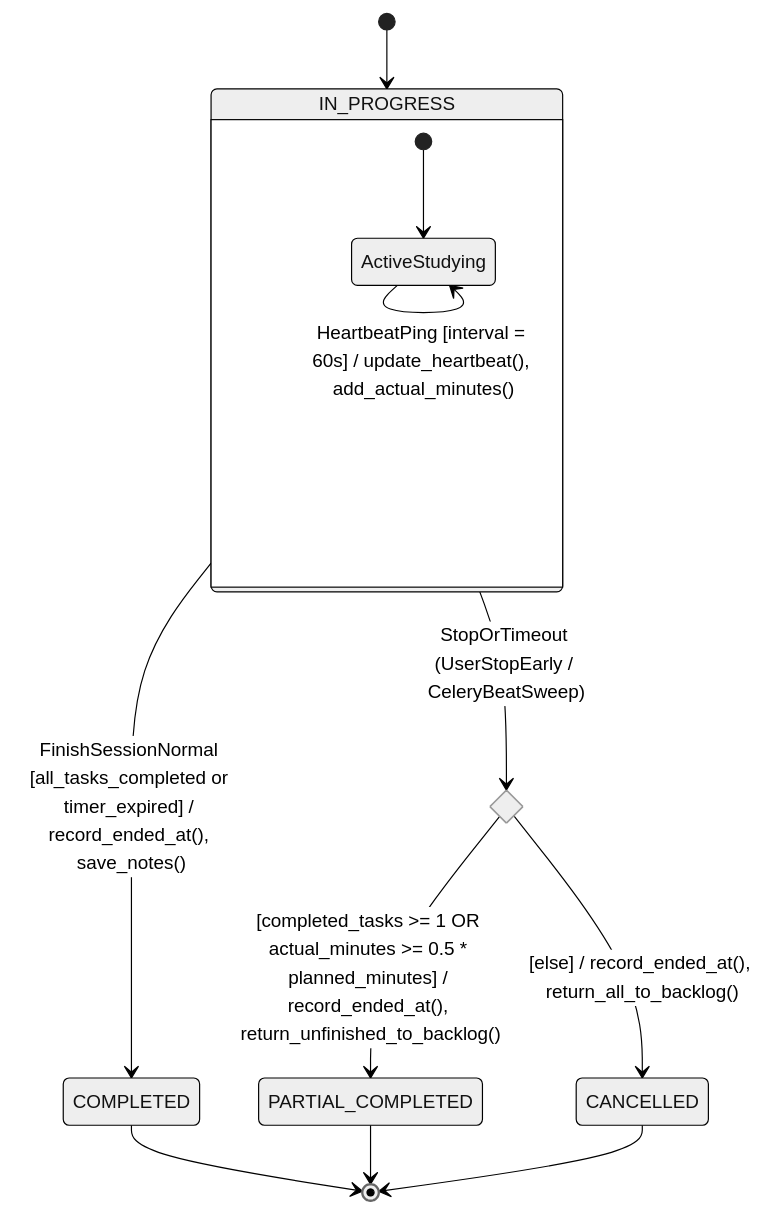
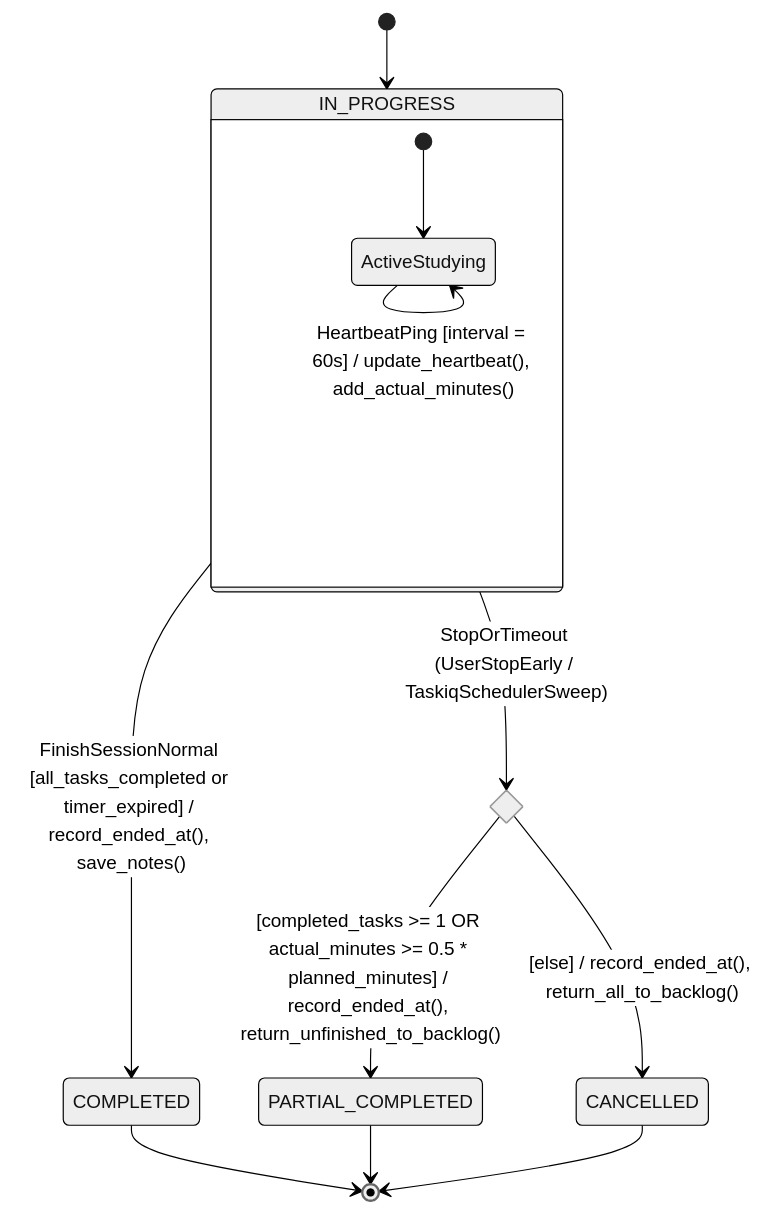
Before and after one commit to Coffat/FocusFlow: the third of 5 diagrams in docs/uml/state-machines.md, drawn with Mermaid (neutral theme). The commit also changed other lines of this file and 12 other files, not shown here.

Commit message:
docs(uml): align class diagrams, sequence diagrams, and state machines with v2.0

````diff
--- a/docs/uml/state-machines.md
+++ b/docs/uml/state-machines.md
@@ -165,21 +165,21 @@
 ```mermaid
 stateDiagram-v2
     [*] --> IN_PROGRESS
 
     state IN_PROGRESS {
         [*] --> ActiveStudying
         ActiveStudying --> ActiveStudying : HeartbeatPing [interval = 60s] / update_heartbeat(), add_actual_minutes()
     }
 
     IN_PROGRESS --> COMPLETED : FinishSessionNormal [all_tasks_completed or timer_expired] / record_ended_at(), save_notes()
 
     state check_threshold <<choice>>
-    IN_PROGRESS --> check_threshold : StopOrTimeout (UserStopEarly / CeleryBeatSweep)
+    IN_PROGRESS --> check_threshold : StopOrTimeout (UserStopEarly / TaskiqSchedulerSweep)
 
     check_threshold --> PARTIAL_COMPLETED : [completed_tasks >= 1 OR actual_minutes >= 0.5 * planned_minutes] / record_ended_at(), return_unfinished_to_backlog()
     check_threshold --> CANCELLED : [else] / record_ended_at(), return_all_to_backlog()
 
     COMPLETED --> [*]
     PARTIAL_COMPLETED --> [*]
     CANCELLED --> [*]
 ```
````
